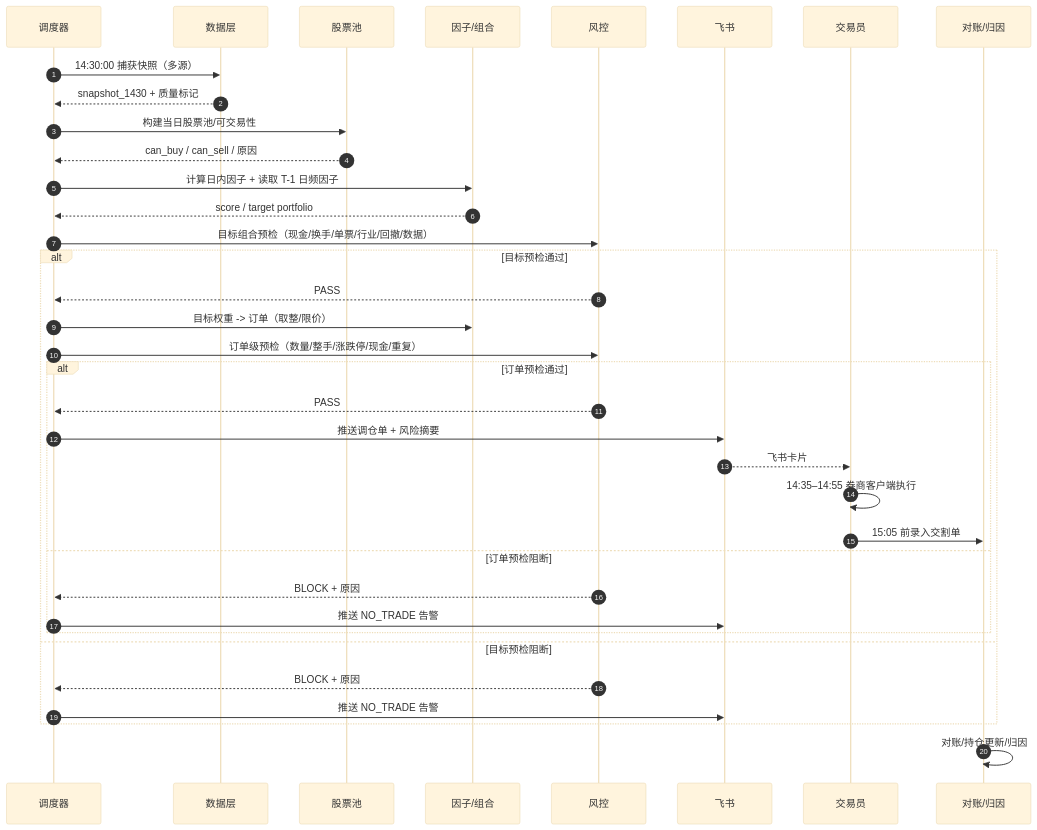
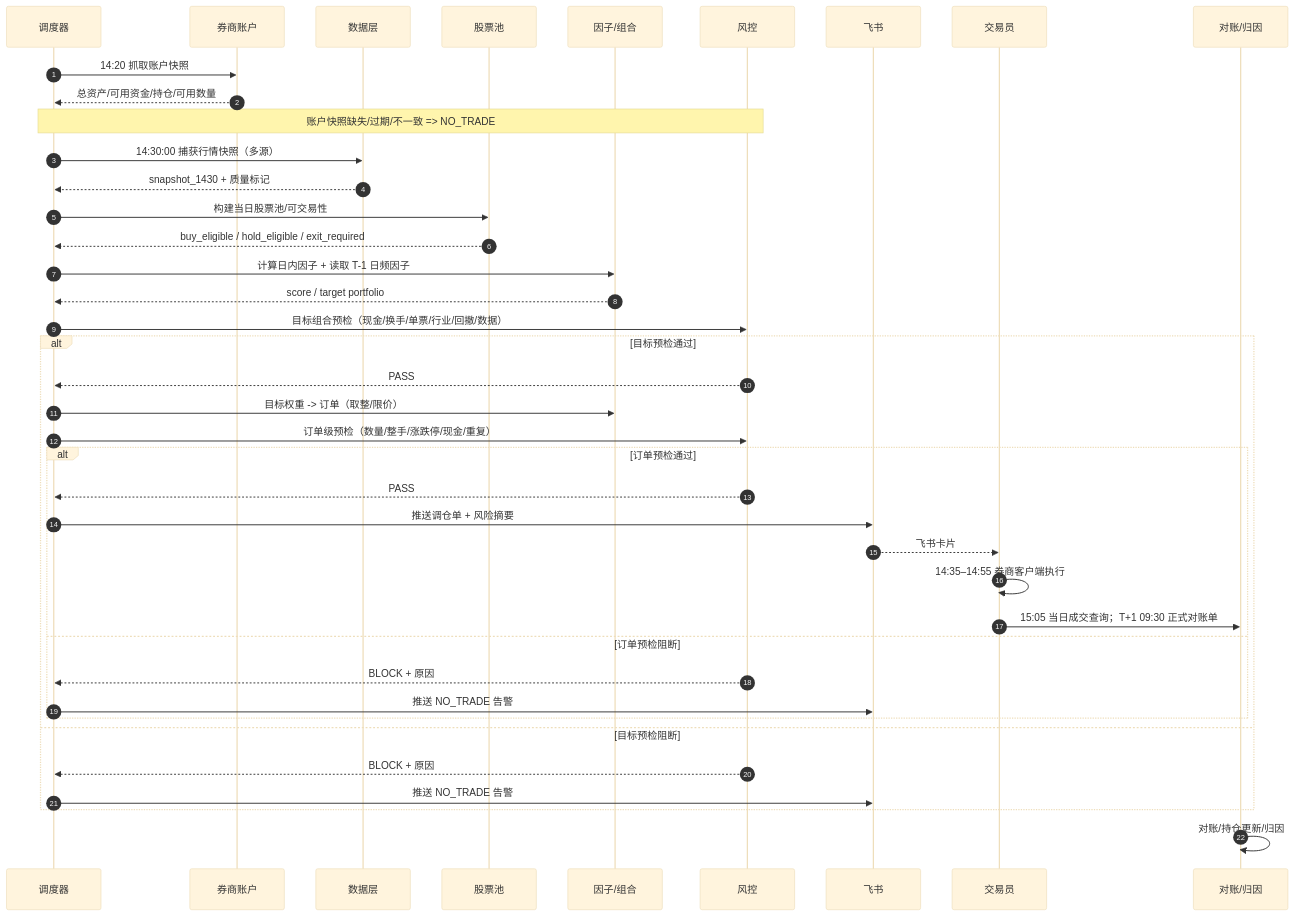
The second of 3 diagrams in docs/design.md (shanghaitechXHF/quantx), drawn with Mermaid (base theme) before and after one commit. The commit also changed other lines of this file and 1 other file, not shown here.

````diff
--- a/docs/design.md
+++ b/docs/design.md
@@ -426,39 +459,43 @@
 ```mermaid
 sequenceDiagram
     autonumber
     participant SCH as 调度器
+    participant ACC as 券商账户
     participant DATA as 数据层
     participant UNI as 股票池
     participant FACT as 因子/组合
     participant RISK as 风控
     participant IM as 飞书
     participant HUM as 交易员
     participant OPS as 对账/归因
 
-    SCH->>DATA: 14:30:00 捕获快照（多源）
+    SCH->>ACC: 14:20 抓取账户快照
+    ACC-->>SCH: 总资产/可用资金/持仓/可用数量
+    Note over SCH,RISK: 账户快照缺失/过期/不一致 => NO_TRADE
+    SCH->>DATA: 14:30:00 捕获行情快照（多源）
     DATA-->>SCH: snapshot_1430 + 质量标记
     SCH->>UNI: 构建当日股票池/可交易性
-    UNI-->>SCH: can_buy / can_sell / 原因
+    UNI-->>SCH: buy_eligible / hold_eligible / exit_required
     SCH->>FACT: 计算日内因子 + 读取 T-1 日频因子
     FACT-->>SCH: score / target portfolio
     SCH->>RISK: 目标组合预检（现金/换手/单票/行业/回撤/数据）
     alt 目标预检通过
         RISK-->>SCH: PASS
         SCH->>FACT: 目标权重 -> 订单（取整/限价）
         SCH->>RISK: 订单级预检（数量/整手/涨跌停/现金/重复）
         alt 订单预检通过
             RISK-->>SCH: PASS
             SCH->>IM: 推送调仓单 + 风险摘要
             IM-->>HUM: 飞书卡片
             HUM->>HUM: 14:35–14:55 券商客户端执行
-            HUM->>OPS: 15:05 前录入交割单
+            HUM->>OPS: 15:05 当日成交查询；T+1 09:30 正式对账单
         else 订单预检阻断
             RISK-->>SCH: BLOCK + 原因
             SCH->>IM: 推送 NO_TRADE 告警
         end
     else 目标预检阻断
         RISK-->>SCH: BLOCK + 原因
         SCH->>IM: 推送 NO_TRADE 告警
     end
     OPS->>OPS: 对账/持仓更新/归因
 ```
````
